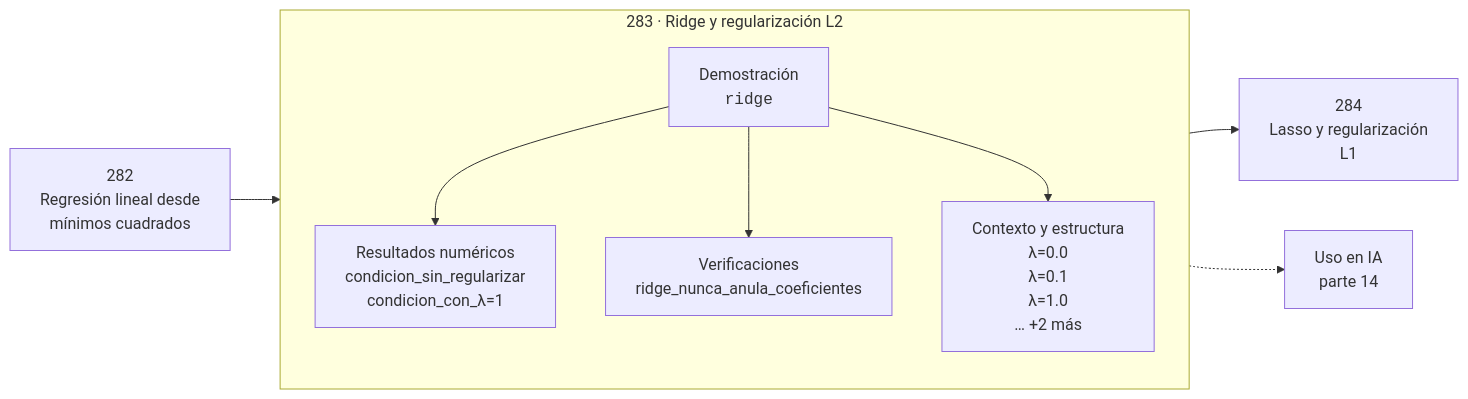
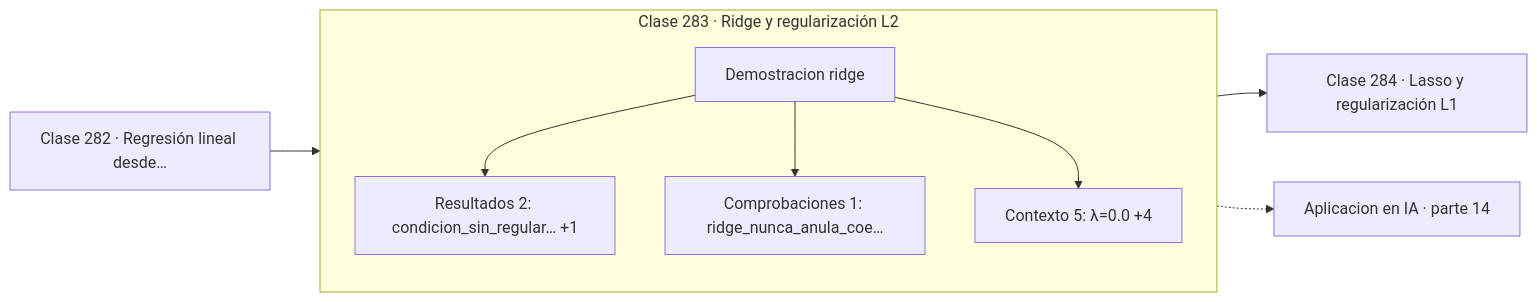
One commit to vladimiracunadev-create/computational-mathematics-program changed the diagram in classes/part-14-matematica-de-machine-learning/283-ridge-y-regularizacion-l2/README.md. Above: the diagram before and after it, drawn with Mermaid. The commit also changed 389 other files, not shown here.

First line of the commit message:
fix(diagramas): elimina el HTML de las etiquetas Mermaid

````diff
--- a/classes/part-14-matematica-de-machine-learning/283-ridge-y-regularizacion-l2/README.md
+++ b/classes/part-14-matematica-de-machine-learning/283-ridge-y-regularizacion-l2/README.md
@@ -30,12 +30,13 @@
 ```mermaid
 flowchart LR
-    P["282<br/>Regresión lineal desde<br/>mínimos cuadrados"] --> C
-    subgraph C["283 · Ridge y regularización L2"]
+    P["Clase 282 · Regresión lineal desde…"] --> D
+    subgraph CLASE["Clase 283 · Ridge y regularización L2"]
         direction TB
-        D["Demostración<br/><code>ridge</code>"] --> R["Resultados numéricos<br/>condicion_sin_regularizar<br/>condicion_con_λ=1"]
-        D --> V["Verificaciones<br/>ridge_nunca_anula_coeficientes"]
-        D --> O["Contexto y estructura<br/>λ=0.0<br/>λ=0.1<br/>λ=1.0<br/>… +2 más"]
+        D["Demostracion ridge"]
+        D --> R["Resultados 2: condicion_sin_regular… +1"]
+        D --> V["Comprobaciones 1: ridge_nunca_anula_coe…"]
+        D --> O["Contexto 5: λ=0.0 +4"]
     end
-    C --> N["284<br/>Lasso y regularización<br/>L1"]
-    C -.-> IA["Uso en IA<br/>parte 14"]
+    R --> N["Clase 284 · Lasso y regularización L1"]
+    V -.-> IA["Aplicacion en IA · parte 14"]
 ```
````
